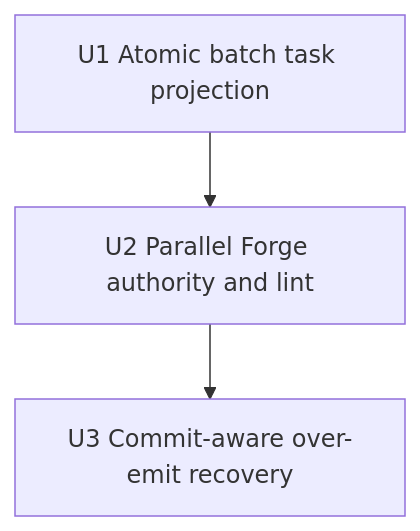
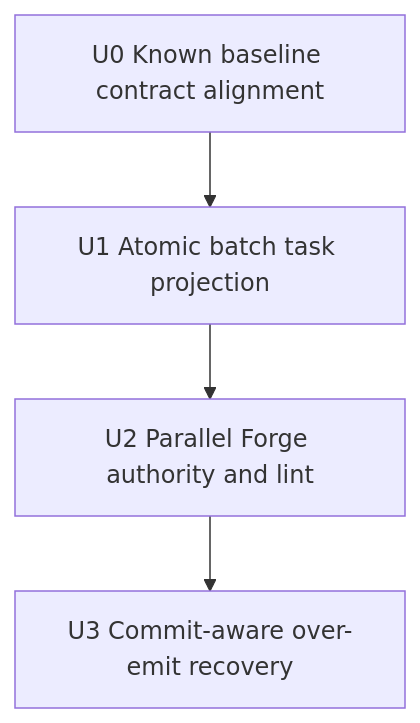
One commit to pittcat/ralph-orchestrator changed the third of 3 diagrams in docs/plans/2026-07-28-001-fix-parallel-forge-dispatch-contract-plan.md. Above: the diagram before and after it, drawn with Mermaid. The commit also changed other lines of this file, not shown here.

Commit message:
docs(plan): 闭合 Parallel Forge 实施契约与范围门禁

````diff
--- a/docs/plans/2026-07-28-001-fix-parallel-forge-dispatch-contract-plan.md
+++ b/docs/plans/2026-07-28-001-fix-parallel-forge-dispatch-contract-plan.md
@@ -481,5 +776,6 @@
 ```mermaid
 flowchart TB
-  U1[U1 Atomic batch task projection] --> U2[U2 Parallel Forge authority and lint]
+  U0[U0 Known baseline contract alignment] --> U1[U1 Atomic batch task projection]
+  U1 --> U2[U2 Parallel Forge authority and lint]
   U2 --> U3[U3 Commit-aware over-emit recovery]
 ```
````
